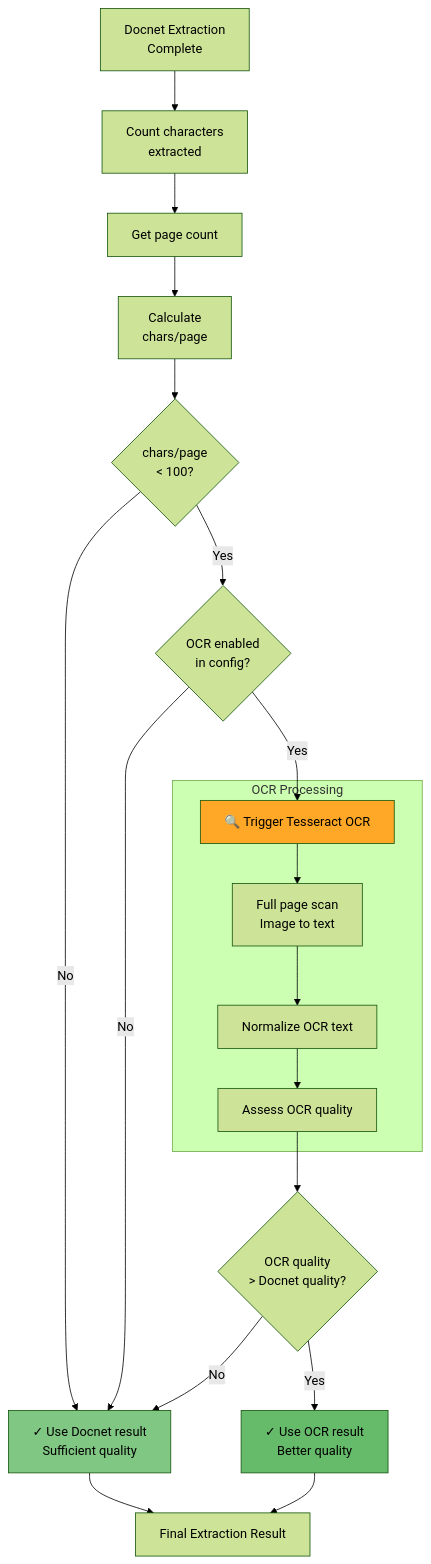
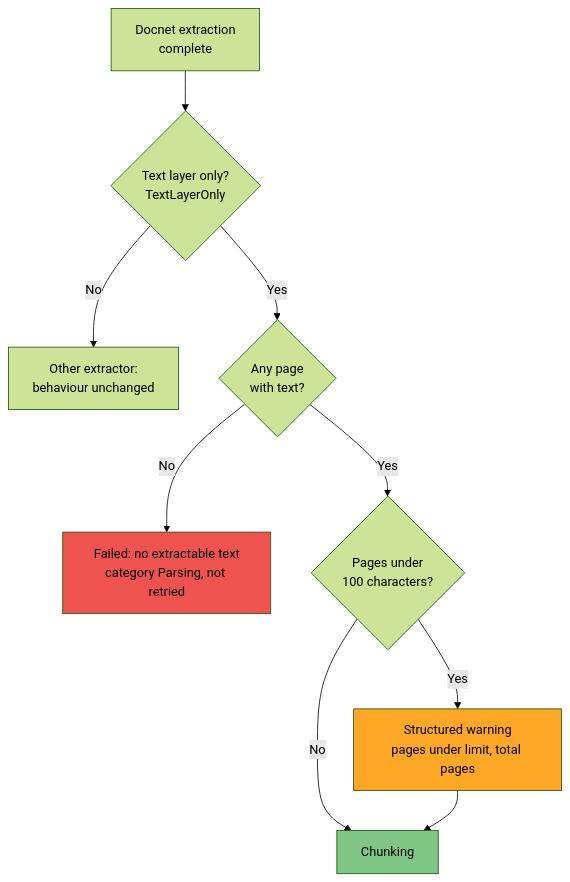
One commit to meepleAi-app/meepleai-monorepo changed the fifth of 8 diagrams in docs/for-claude/architecture/diagrams/pdf-pipeline-detailed.md. Above: the diagram before and after it, drawn with Mermaid (forest theme). The commit also changed other lines of this file and 3 other files, not shown here.

First line of the commit message:
docs(pdf): Docnet non fa OCR nei diagrammi della pipeline (#4437)

````diff
--- a/docs/for-claude/architecture/diagrams/pdf-pipeline-detailed.md
+++ b/docs/for-claude/architecture/diagrams/pdf-pipeline-detailed.md
@@ -255,36 +251,20 @@
 ```mermaid
 flowchart TD
-    Docnet[Docnet Extraction<br/>Complete] --> Chars[Count characters<br/>extracted]
+    Docnet[Docnet extraction<br/>complete] --> Layer{Text layer only?<br/>TextLayerOnly}
 
-    Chars --> Pages[Get page count]
+    Layer -->|No| Other[Other extractor:<br/>behaviour unchanged]
 
-    Pages --> Calc[Calculate<br/>chars/page]
+    Layer -->|Yes| Any{Any page<br/>with text?}
 
-    Calc --> Threshold{chars/page<br/>< 100?}
+    Any -->|No| Scan[Failed: no extractable text<br/>category Parsing, not retried]
 
-    Threshold -->|No| UseDocnet[✓ Use Docnet result<br/>Sufficient quality]
+    Any -->|Yes| Short{Pages under<br/>100 characters?}
 
-    Threshold -->|Yes| CheckOCR{OCR enabled<br/>in config?}
+    Short -->|Yes| Warn[Structured warning<br/>pages under limit, total pages]
+    Short -->|No| Go[Chunking]
+    Warn --> Go
 
-    CheckOCR -->|No| UseDocnet
-
-    CheckOCR -->|Yes| TriggerOCR[🔍 Trigger Tesseract OCR]
-
-    subgraph "OCR Processing"
-        TriggerOCR --> OCRScan[Full page scan<br/>Image to text]
-        OCRScan --> OCRNormalize[Normalize OCR text]
-        OCRNormalize --> OCRQuality[Assess OCR quality]
-    end
-
-    OCRQuality --> Compare{OCR quality<br/>> Docnet quality?}
-
-    Compare -->|Yes| UseOCR[✓ Use OCR result<br/>Better quality]
-    Compare -->|No| UseDocnet
-
-    UseDocnet --> Output[Final Extraction Result]
-    UseOCR --> Output
-
-    style TriggerOCR fill:#ffa726,color:#000
-    style UseOCR fill:#66bb6a,color:#000
-    style UseDocnet fill:#81c784,color:#000
+    style Scan fill:#ef5350,color:#000
+    style Warn fill:#ffa726,color:#000
+    style Go fill:#81c784,color:#000
 ```
````
